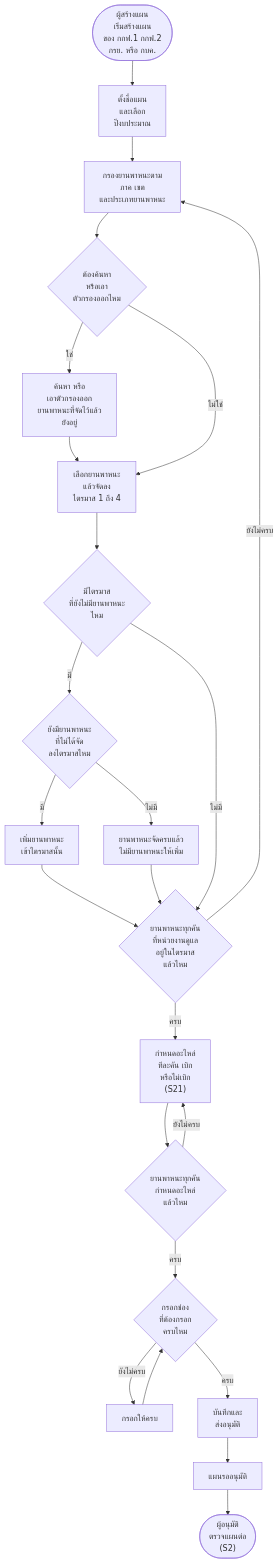
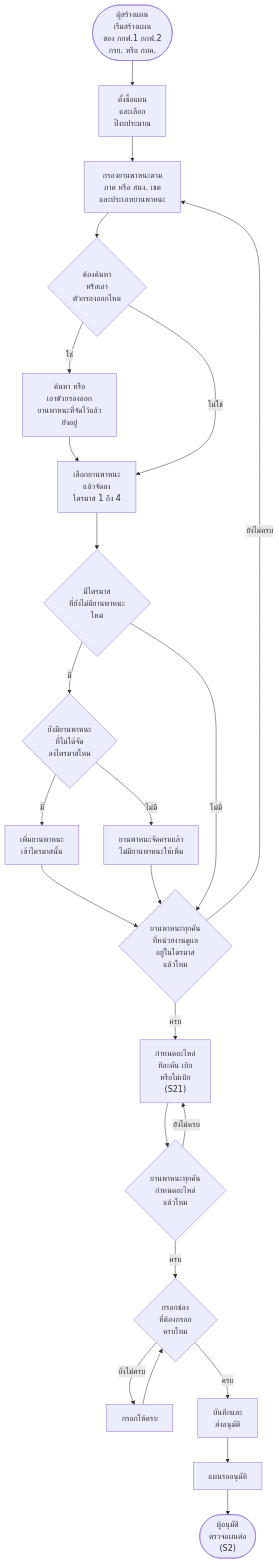
One commit to anugmail/Maintenance-Request-Form changed the first of 17 diagrams in Diagram/01-บำรุงรักษาตามวาระ/27-บำรุงรักษา-flowchart-กิจกรรม.md. Above: the diagram before and after it, drawn with Mermaid. The commit also changed other lines of this file and 6 other files, not shown here.

First line of the commit message:
บำรุงรักษา: R93 ภาค สนง. (สำนักงานใหญ่) เขต กกฟ.1 กกฟ.2 ในแผงตัวกรอง S1 S19 (A.41 A.42) · หน้าไตรมาส S6 ปุ่มเพิ่มยานพาหนะกดไม่ได้เมื่อทุกคันในไตรมาสปิดงาน รวมบำรุงรักษาไม่ได้ (E.26) · ผัง S6 ไฟล์ 14 27 · ตัวตรวจ hasTexts buttonText/state

````diff
--- a/Diagram/01-บำรุงรักษาตามวาระ/27-บำรุงรักษา-flowchart-กิจกรรม.md
+++ b/Diagram/01-บำรุงรักษาตามวาระ/27-บำรุงรักษา-flowchart-กิจกรรม.md
@@ -20,26 +20,26 @@
 ```mermaid
 flowchart TD
     S(["ผู้สร้างแผน<br/>เริ่มสร้างแผน<br/>ของ กกฟ.1 กกฟ.2<br/>กรย. หรือ กบค."]) --> A1["ตั้งชื่อแผน<br/>และเลือก<br/>ปีงบประมาณ"]
-    A1 --> A2["กรองยานพาหนะตาม<br/>ภาค เขต<br/>และประเภทยานพาหนะ"]
+    A1 --> A2["กรองยานพาหนะตาม<br/>ภาค หรือ สนง. เขต<br/>และประเภทยานพาหนะ"]
     A2 --> Q1{"ต้องค้นหา<br/>หรือเอา<br/>ตัวกรองออกไหม"}
     Q1 -->|ใช่| A3["ค้นหา หรือ<br/>เอาตัวกรองออก<br/>ยานพาหนะที่จัดไว้แล้ว<br/>ยังอยู่"]
     A3 --> A4
     Q1 -->|ไม่ใช่| A4["เลือกยานพาหนะ<br/>แล้วจัดลง<br/>ไตรมาส 1 ถึง 4"]
     A4 --> Q2{"มีไตรมาส<br/>ที่ยังไม่มียานพาหนะ<br/>ไหม"}
     Q2 -->|มี| Q3{"ยังมียานพาหนะ<br/>ที่ไม่ได้จัด<br/>ลงไตรมาสไหม"}
     Q3 -->|มี| A5["เพิ่มยานพาหนะ<br/>เข้าไตรมาสนั้น"]
     Q3 -->|ไม่มี| A6["ยานพาหนะจัดครบแล้ว<br/>ไม่มียานพาหนะให้เพิ่ม"]
     A5 --> Q5
     A6 --> Q5
     Q2 -->|ไม่มี| Q5{"ยานพาหนะทุกคัน<br/>ที่หน่วยงานดูแล<br/>อยู่ในไตรมาส<br/>แล้วไหม"}
     Q5 -->|ยังไม่ครบ| A2
     Q5 -->|ครบ| A7["กำหนดอะไหล่<br/>ทีละคัน เบิก<br/>หรือไม่เบิก<br/>(S21)"]
     A7 --> Q4{"ยานพาหนะทุกคัน<br/>กำหนดอะไหล่<br/>แล้วไหม"}
     Q4 -->|ยังไม่ครบ| A7
     Q4 -->|ครบ| Q6{"กรอกช่อง<br/>ที่ต้องกรอก<br/>ครบไหม"}
     Q6 -->|ยังไม่ครบ| A8["กรอกให้ครบ"]
     A8 --> Q6
     Q6 -->|ครบ| A9["บันทึกและ<br/>ส่งอนุมัติ"]
     A9 --> A10["แผนรออนุมัติ"]
     A10 --> E(["ผู้อนุมัติ<br/>ตรวจแผนต่อ<br/>(S2)"])
 ```
````
